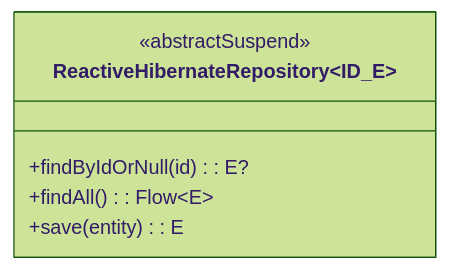
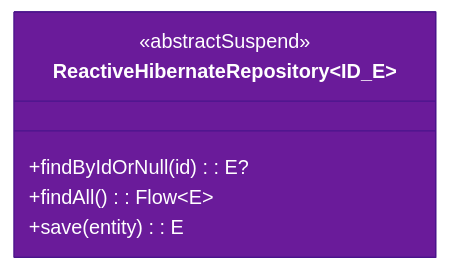
Before and after one commit to bluetape4k/bluetape4k-projects: the first of 3 diagrams in data/hibernate-reactive/README.ko.md, drawn with Mermaid (forest theme). The commit also changed other lines of this file and 221 other files, not shown here.

First line of the commit message:
docs: 전체 모듈 README UML 다이어그램 보강 및 색상 업그레이드

````diff
--- a/data/hibernate-reactive/README.ko.md
+++ b/data/hibernate-reactive/README.ko.md
@@ -84,11 +84,12 @@
 ```mermaid
 classDiagram
     direction TB
     class ReactiveHibernateRepository~ID_E~ {
         <<abstractSuspend>>
         +findByIdOrNull(id): E?
         +findAll(): Flow~E~
         +save(entity): E
     }
 
+    style ReactiveHibernateRepository fill:#6A1B9A,stroke:#4A148C,color:#FFFFFF
 ```
````
